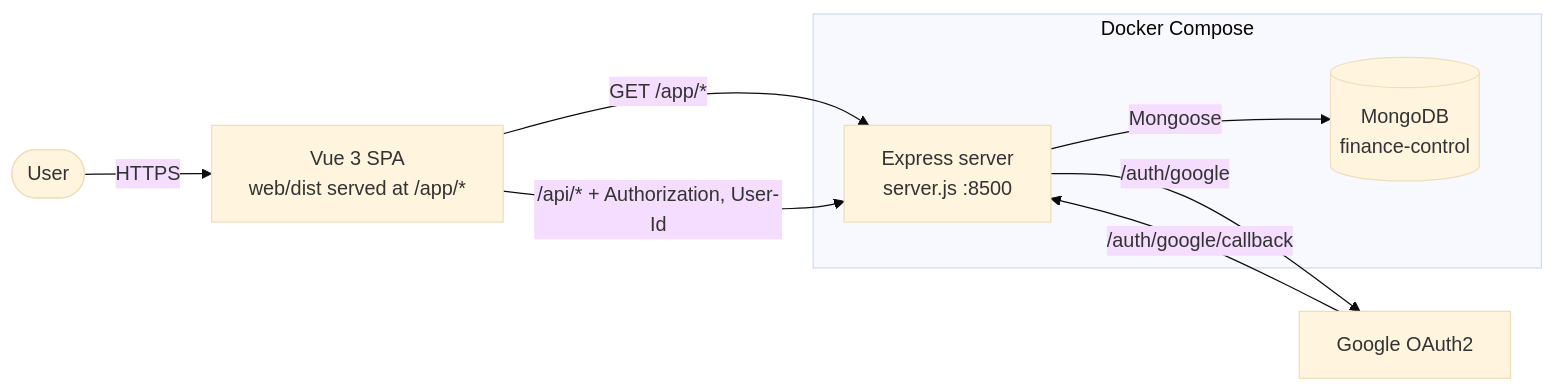
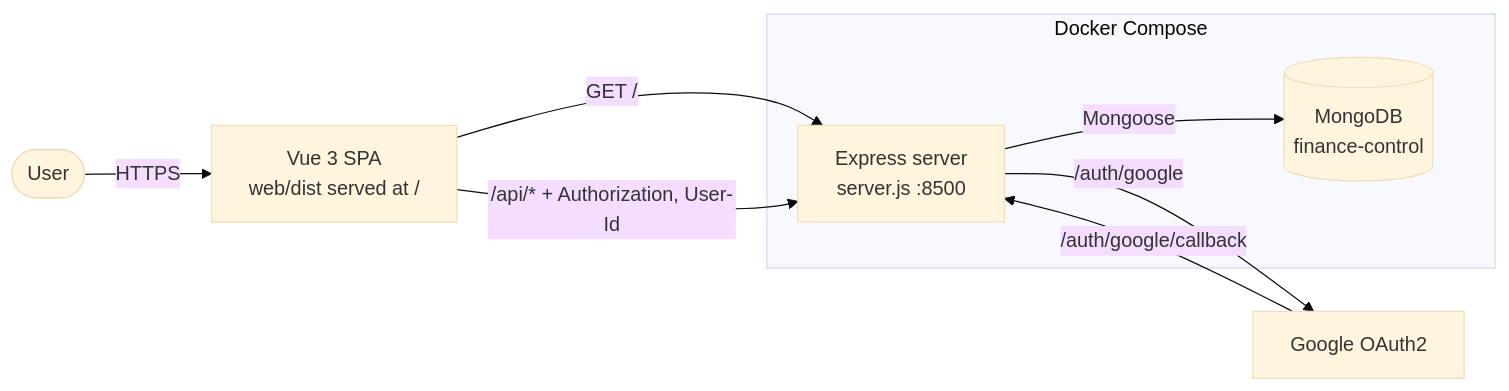
Before and after one commit to diogoap/finance-control: the first of 6 diagrams in docs/ARCHITECTURE.md, drawn with Mermaid (base theme). The commit also changed other lines of this file and 8 other files, not shown here.

First line of the commit message:
Drop /app/ URL prefix; serve SPA from /

````diff
--- a/docs/ARCHITECTURE.md
+++ b/docs/ARCHITECTURE.md
@@ -18,20 +18,20 @@
 ```mermaid
 flowchart LR
     User([User])
-    Browser[Vue 3 SPA<br/>web/dist served at /app/*]
+    Browser[Vue 3 SPA<br/>web/dist served at /]
     Server[Express server<br/>server.js :8500]
     Mongo[(MongoDB<br/>finance-control)]
     Google[Google OAuth2]
 
     User -->|HTTPS| Browser
-    Browser -->|GET /app/*| Server
+    Browser -->|GET /| Server
     Browser -->|/api/* + Authorization, User-Id| Server
     Server -->|Mongoose| Mongo
     Server -->|/auth/google| Google
     Google -->|/auth/google/callback| Server
 
     subgraph Container[Docker Compose]
         Server
         Mongo
     end
 ```
````
